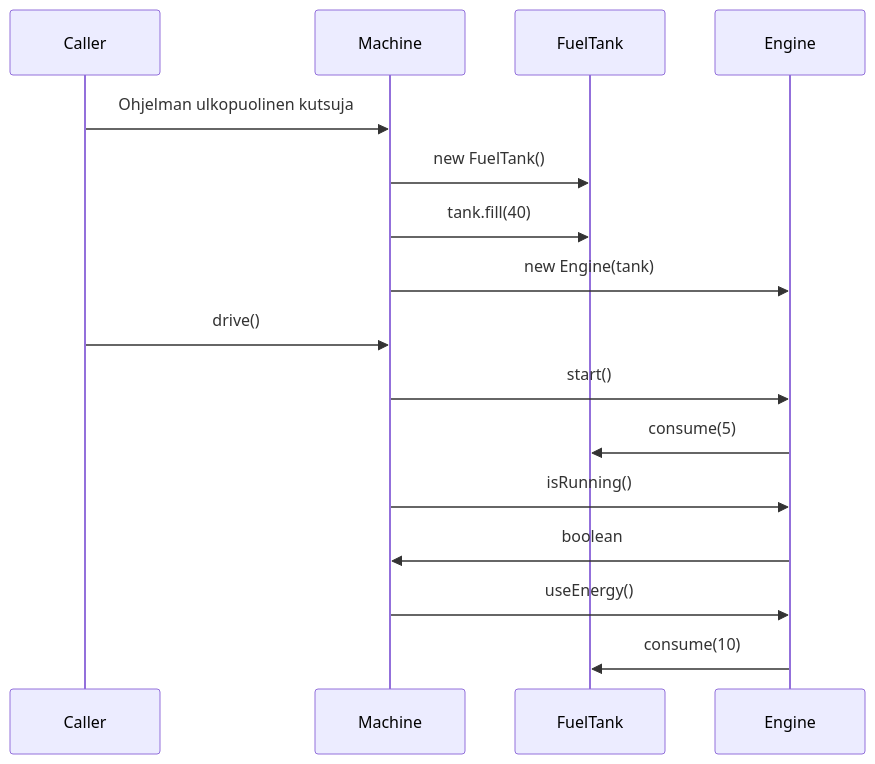
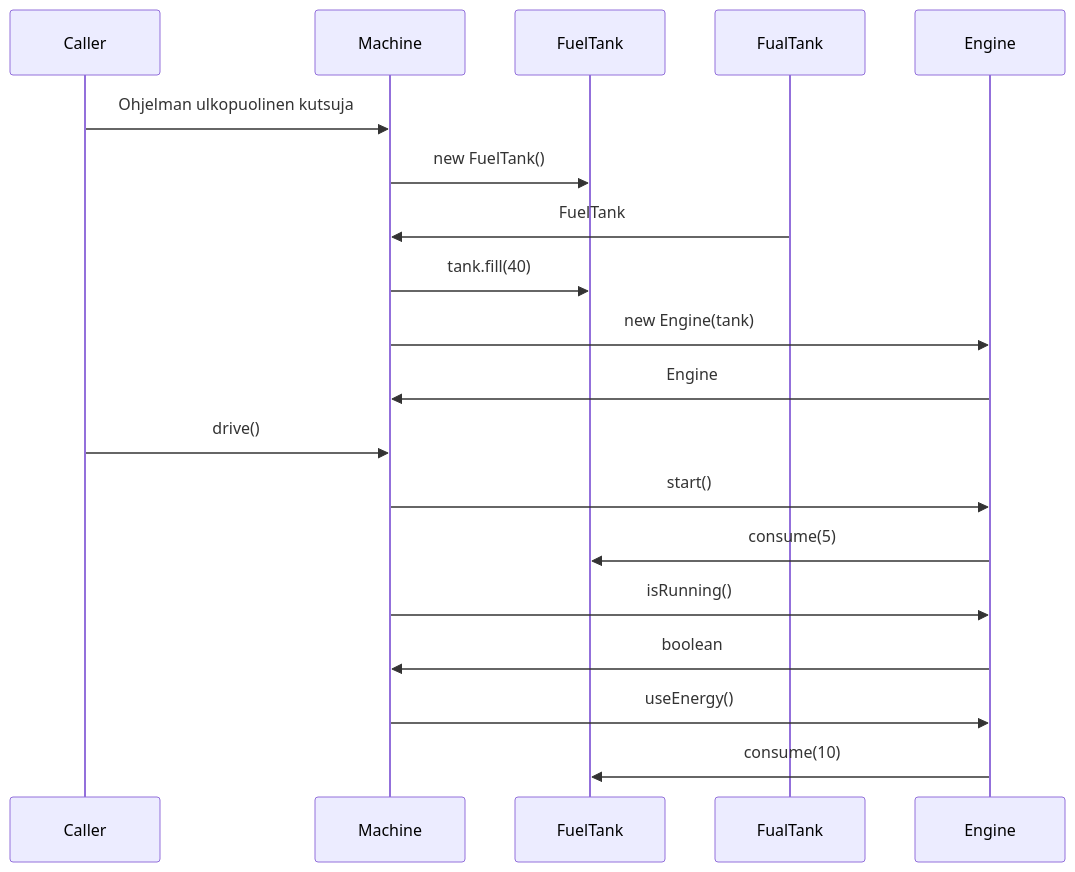
One commit to Zatyri/OhTu changed the second of 3 diagrams in laskarit/viikko3/monopolyClassDiagram.md. Above: the diagram before and after it, drawn with Mermaid.

Commit message:
updated sequence diagram

````diff
--- a/laskarit/viikko3/monopolyClassDiagram.md
+++ b/laskarit/viikko3/monopolyClassDiagram.md
@@ -50,14 +50,16 @@
 ```mermaid
 sequenceDiagram
 	Caller->>Machine: Ohjelman ulkopuolinen kutsuja
 	Machine->>FuelTank: new FuelTank()
+	FualTank->>Machine: FuelTank
 	Machine->>FuelTank: tank.fill(40)
 	Machine->>Engine: new Engine(tank)
+	Engine->>Machine: Engine
 	Caller->>Machine: drive()
 	Machine->>Engine: start()
 	Engine->>FuelTank: consume(5)
 	Machine->> Engine: isRunning()
 	Engine->> Machine: boolean
 	Machine->>Engine: useEnergy()
 	Engine->>FuelTank: consume(10)
 ```
````
